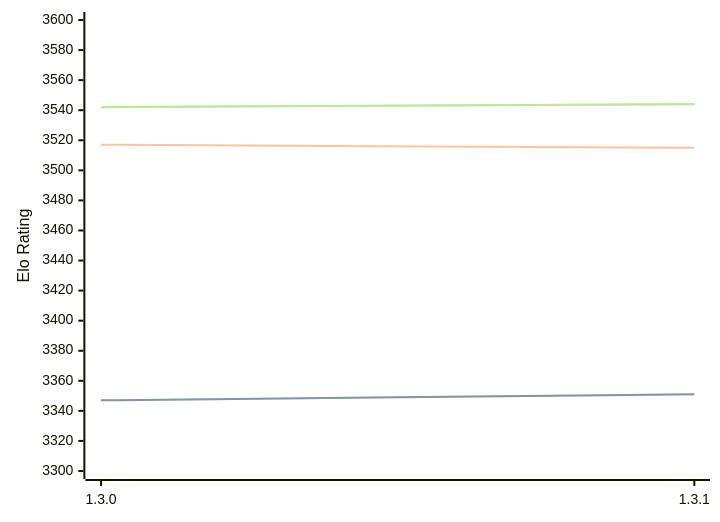
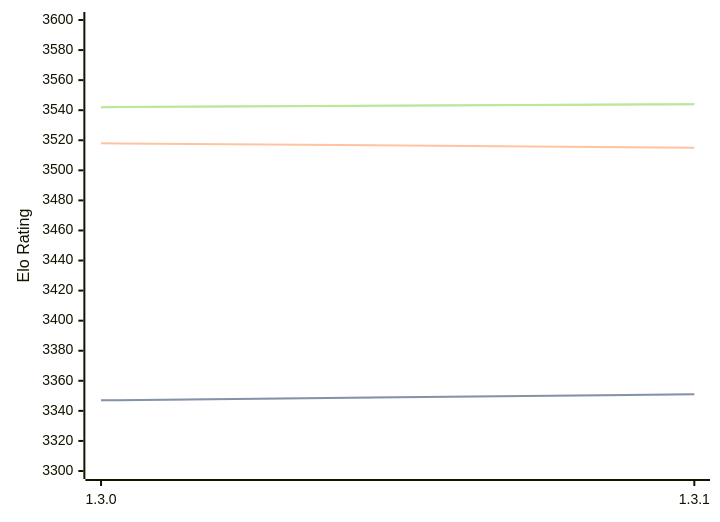
Before and after one commit to computer-chess-index/cci: the diagram in engines/Renegade.md, drawn with Mermaid. The commit also changed other lines of this file, not shown here.

````diff
--- a/engines/Renegade.md
+++ b/engines/Renegade.md
@@ -33,11 +33,11 @@
 ```mermaid
 %%{init: {"theme":"base","themeVariables":{"seriesColors:['#a3a3a3','#222221','#faa371']}}}%%
 xychart-beta
   x-axis ["1.3.0", "1.3.1"]
   y-axis "Elo Rating" 3300 --> 3600
   line "" [3347, 3351]
   line "STC (8.0+0.08s)" [3347, 3351]
-  line "LTC (60.0+0.60s)" [3517, 3515]
+  line "LTC (60.0+0.60s)" [3518, 3515]
   line "" [3542, 3544]
   line "VLTC (2m24s+1.12s)" [3542, 3544]
 ```
````
